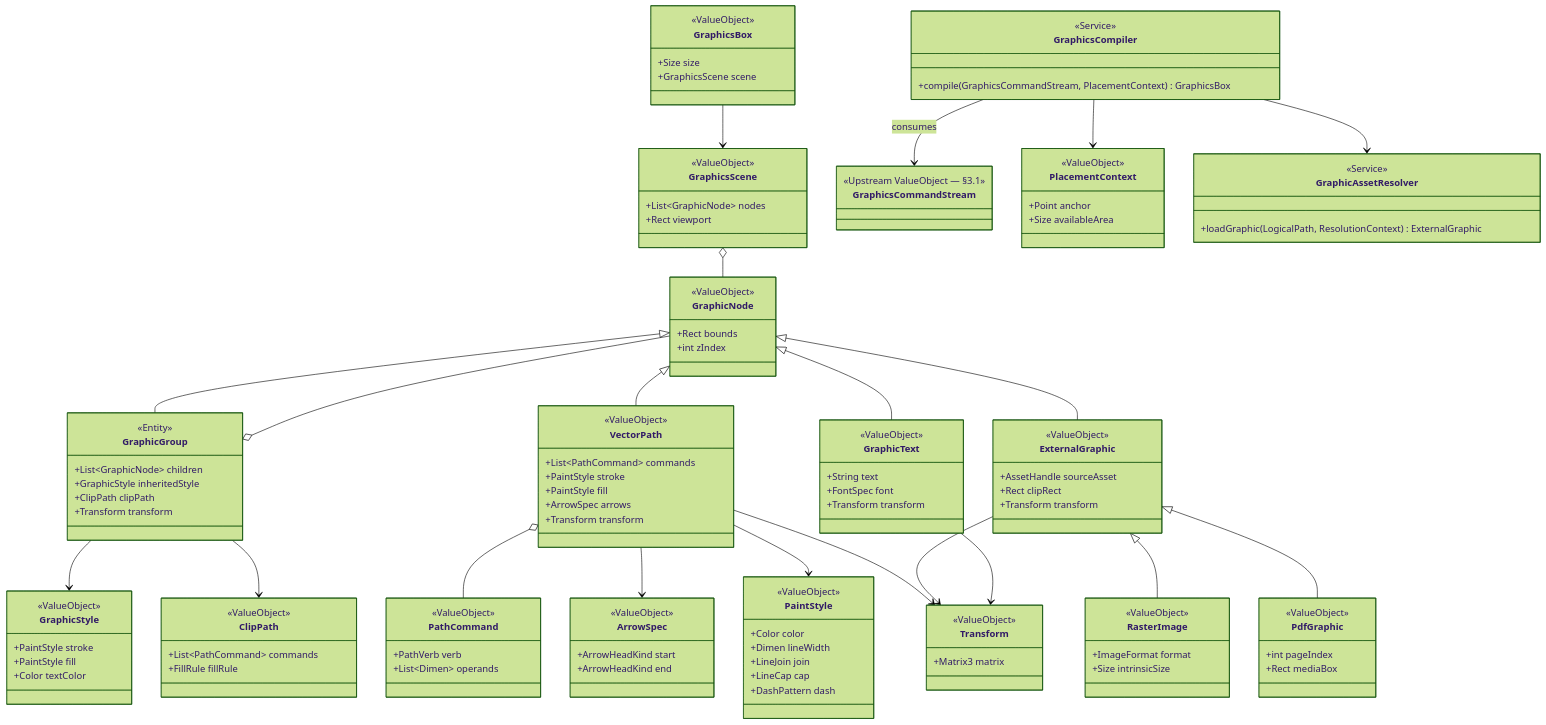
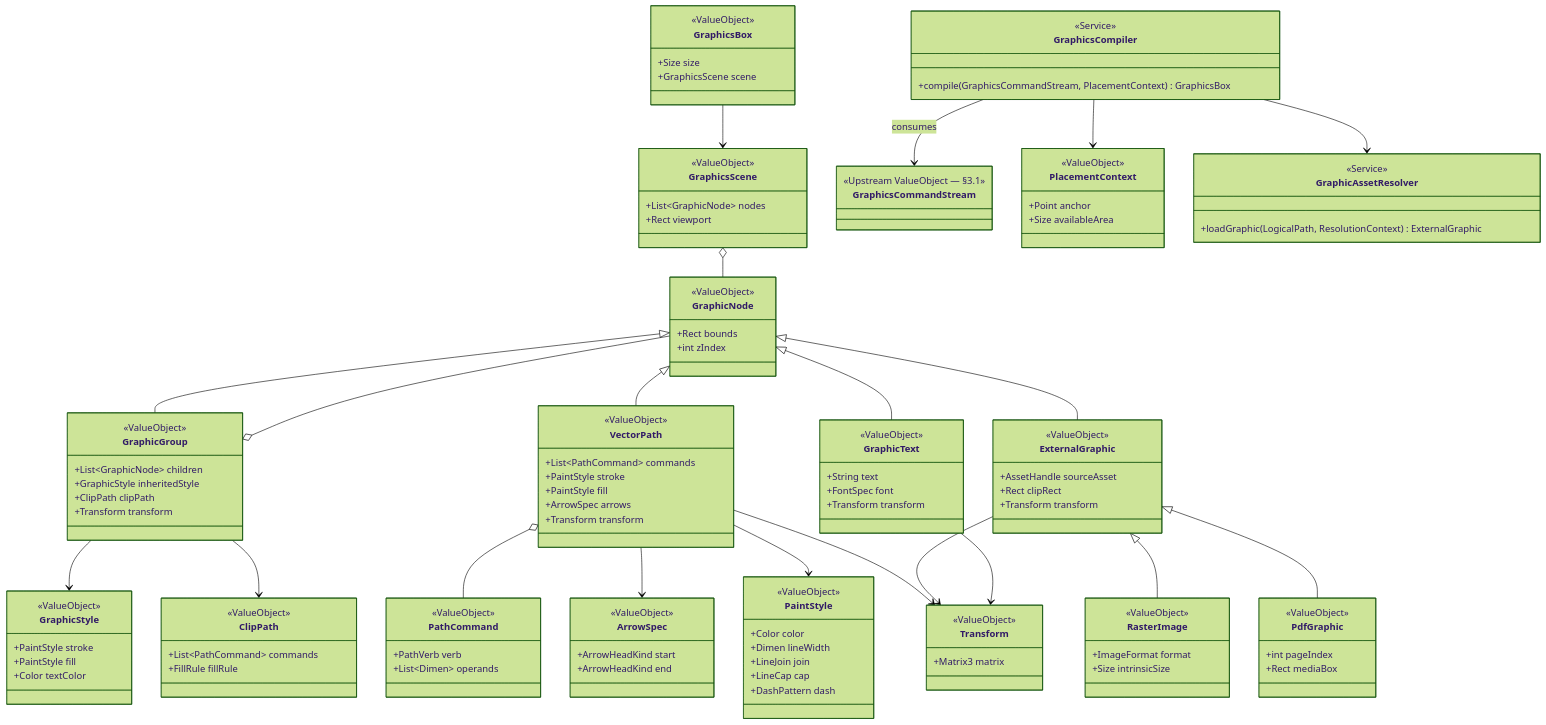
The fourth of 12 diagrams in docs/domain_model.md (RK0429/ferritex), drawn with Mermaid (forest theme) before and after one commit. The commit also changed other lines of this file and 2 other files, not shown here.

Commit message:
fix(docs): resolve cross-document review findings
- requirements.md: add Citation Label to glossary with CitationInfo.label
  mapping for REQ-NF-007 traceability
- requirements.md: align REQ-FUNC-026 acceptance criteria with exception
  description (structured warning + compilation stop)
- domain_model.md: change GraphicGroup stereotype from Entity to
  ValueObject for consistency with parent GraphicsScene ValueObject
- domain_model.md: record v0.1.22 and v0.1.23 as skipped versions in
  change history
- architecture.md: replace undefined "citation intent" / "label intent"
  with requirements-aligned terminology in §7.1

```diff
--- a/docs/domain_model.md
+++ b/docs/domain_model.md
@@ -950,7 +950,7 @@
         +int zIndex
     }
     class GraphicGroup {
-        <<Entity>>
+        <<ValueObject>>
         +List~GraphicNode~ children
         +GraphicStyle inheritedStyle
         +ClipPath clipPath
```
